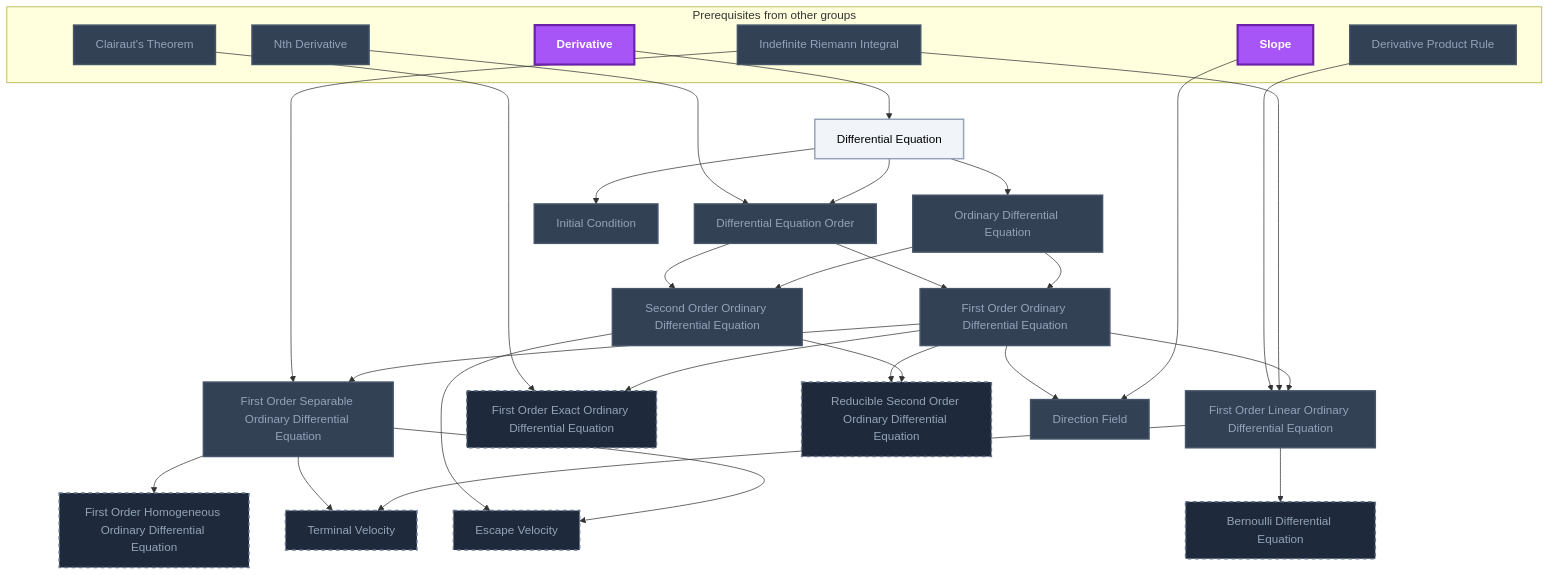
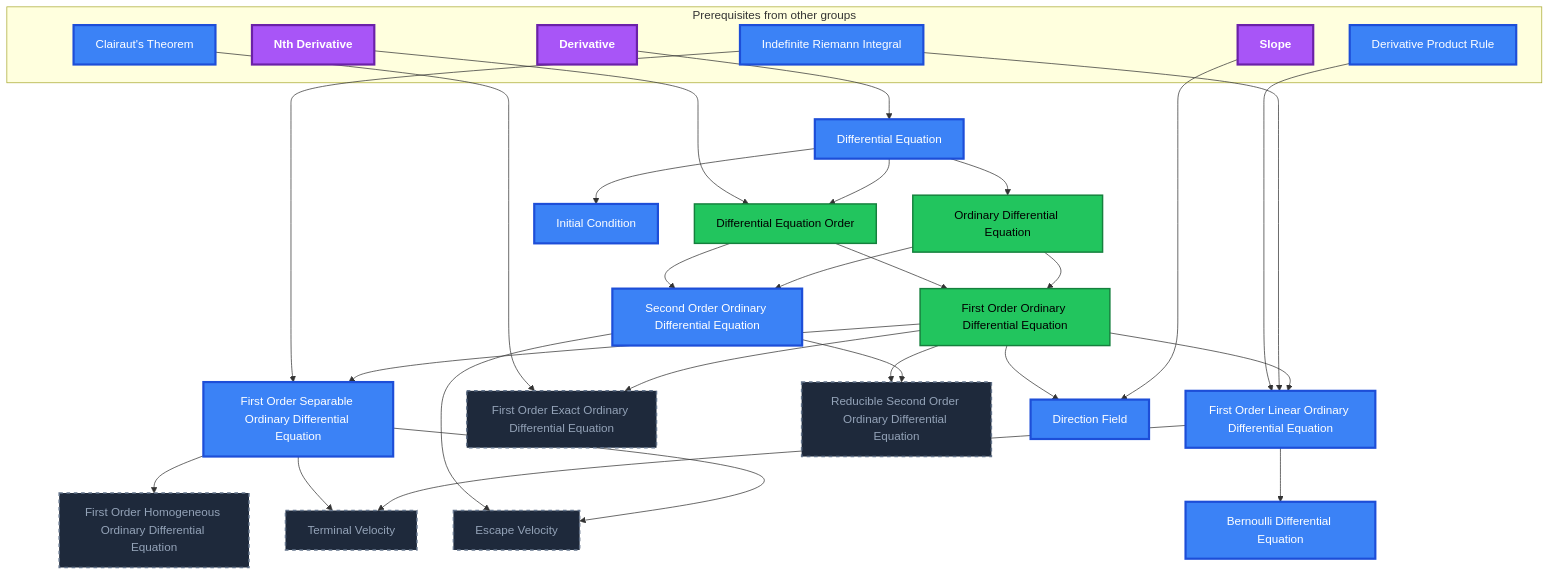
The first of 7 diagrams in Gamification/Skill Trees/Ordinary Differential Equations.md (MRauf1/My-Notes), drawn with Mermaid before and after one commit. The commit also changed other lines of this file and 145 other files, not shown here.

````diff
--- a/Gamification/Skill Trees/Ordinary Differential Equations.md
+++ b/Gamification/Skill Trees/Ordinary Differential Equations.md
@@ -17,66 +17,66 @@
 ```mermaid
 flowchart TD
     classDef planned fill:#1E293B,stroke:#64748B,stroke-width:2px,stroke-dasharray:5 5,color:#94A3B8;
     classDef locked fill:#334155,stroke:#475569,stroke-width:2px,color:#94A3B8;
     classDef L0 fill:#F1F5F9,stroke:#94A3B8,stroke-width:2px,color:#000000;
     classDef L1 fill:#22C55E,stroke:#15803D,stroke-width:2px,color:#000000;
     classDef L2 fill:#3B82F6,stroke:#1D4ED8,stroke-width:3px,color:#FFFFFF;
     classDef L3 fill:#A855F7,stroke:#6B21A8,stroke-width:3px,color:#FFFFFF,font-weight:bold;
     classDef L4 fill:#F97316,stroke:#C2410C,stroke-width:4px,color:#000000,font-weight:bold;
     classDef L5 fill:#FFD700,stroke:#FF8C00,stroke-width:5px,color:#000000,font-weight:bold;
     classDef rusty stroke:#8B4513,stroke-width:4px,stroke-dasharray:3 3;
     subgraph sg_prereqs["Prerequisites from other groups"]
         n_derivative["Derivative"]
         n_nth_derivative["Nth Derivative"]
         n_indefinite_riemann_integral["Indefinite Riemann Integral"]
         n_derivative_product_rule["Derivative Product Rule"]
         n_clairaut_s_theorem["Clairaut's Theorem"]
         n_slope["Slope"]
     end
     n_differential_equation["Differential Equation"]
     n_differential_equation_order["Differential Equation Order"]
     n_ordinary_differential_equation["Ordinary Differential Equation"]
     n_first_order_ordinary_differential_equation["First Order Ordinary Differential Equation"]
     n_second_order_ordinary_differential_equation["Second Order Ordinary Differential Equation"]
     n_first_order_separable_ordinary_differential_equation["First Order Separable Ordinary Differential Equation"]
     n_first_order_linear_ordinary_differential_equation["First Order Linear Ordinary Differential Equation"]
     n_first_order_homogeneous_ordinary_differential_equation["First Order Homogeneous Ordinary Differential Equation"]
     n_bernoulli_differential_equation["Bernoulli Differential Equation"]
     n_first_order_exact_ordinary_differential_equation["First Order Exact Ordinary Differential Equation"]
     n_reducible_second_order_ordinary_differential_equation["Reducible Second Order Ordinary Differential Equation"]
     n_terminal_velocity["Terminal Velocity"]
     n_escape_velocity["Escape Velocity"]
     n_initial_condition["Initial Condition"]
     n_direction_field["Direction Field"]
     n_derivative --> n_differential_equation
     n_nth_derivative --> n_differential_equation_order
     n_differential_equation --> n_differential_equation_order
     n_differential_equation --> n_ordinary_differential_equation
     n_differential_equation_order --> n_first_order_ordinary_differential_equation
     n_ordinary_differential_equation --> n_first_order_ordinary_differential_equation
     n_differential_equation_order --> n_second_order_ordinary_differential_equation
     n_ordinary_differential_equation --> n_second_order_ordinary_differential_equation
     n_indefinite_riemann_integral --> n_first_order_separable_ordinary_differential_equation
     n_first_order_ordinary_differential_equation --> n_first_order_separable_ordinary_differential_equation
     n_derivative_product_rule --> n_first_order_linear_ordinary_differential_equation
     n_indefinite_riemann_integral --> n_first_order_linear_ordinary_differential_equation
     n_first_order_ordinary_differential_equation --> n_first_order_linear_ordinary_differential_equation
     n_first_order_separable_ordinary_differential_equation --> n_first_order_homogeneous_ordinary_differential_equation
     n_first_order_linear_ordinary_differential_equation --> n_bernoulli_differential_equation
     n_clairaut_s_theorem --> n_first_order_exact_ordinary_differential_equation
     n_first_order_ordinary_differential_equation --> n_first_order_exact_ordinary_differential_equation
     n_first_order_ordinary_differential_equation --> n_reducible_second_order_ordinary_differential_equation
     n_second_order_ordinary_differential_equation --> n_reducible_second_order_ordinary_differential_equation
     n_first_order_separable_ordinary_differential_equation --> n_terminal_velocity
     n_first_order_linear_ordinary_differential_equation --> n_terminal_velocity
     n_second_order_ordinary_differential_equation --> n_escape_velocity
     n_first_order_separable_ordinary_differential_equation --> n_escape_velocity
     n_differential_equation --> n_initial_condition
     n_first_order_ordinary_differential_equation --> n_direction_field
     n_slope --> n_direction_field
-    class n_first_order_homogeneous_ordinary_differential_equation,n_bernoulli_differential_equation,n_first_order_exact_ordinary_differential_equation,n_reducible_second_order_ordinary_differential_equation,n_terminal_velocity,n_escape_velocity planned;
-    class n_nth_derivative,n_indefinite_riemann_integral,n_derivative_product_rule,n_clairaut_s_theorem,n_differential_equation_order,n_ordinary_differential_equation,n_first_order_ordinary_differential_equation,n_second_order_ordinary_differential_equation,n_first_order_separable_ordinary_differential_equation,n_first_order_linear_ordinary_differential_equation,n_initial_condition,n_direction_field locked;
-    class n_differential_equation L0;
-    class n_derivative,n_slope L3;
-    class n_derivative,n_nth_derivative,n_indefinite_riemann_integral,n_derivative_product_rule,n_clairaut_s_theorem,n_slope,n_differential_equation,n_differential_equation_order,n_ordinary_differential_equation,n_first_order_ordinary_differential_equation,n_second_order_ordinary_differential_equation,n_first_order_separable_ordinary_differential_equation,n_first_order_linear_ordinary_differential_equation,n_initial_condition,n_direction_field internal-link;
+    class n_first_order_homogeneous_ordinary_differential_equation,n_first_order_exact_ordinary_differential_equation,n_reducible_second_order_ordinary_differential_equation,n_terminal_velocity,n_escape_velocity planned;
+    class n_differential_equation_order,n_ordinary_differential_equation,n_first_order_ordinary_differential_equation L1;
+    class n_indefinite_riemann_integral,n_derivative_product_rule,n_clairaut_s_theorem,n_differential_equation,n_second_order_ordinary_differential_equation,n_first_order_separable_ordinary_differential_equation,n_first_order_linear_ordinary_differential_equation,n_bernoulli_differential_equation,n_initial_condition,n_direction_field L2;
+    class n_derivative,n_nth_derivative,n_slope L3;
+    class n_derivative,n_nth_derivative,n_indefinite_riemann_integral,n_derivative_product_rule,n_clairaut_s_theorem,n_slope,n_differential_equation,n_differential_equation_order,n_ordinary_differential_equation,n_first_order_ordinary_differential_equation,n_second_order_ordinary_differential_equation,n_first_order_separable_ordinary_differential_equation,n_first_order_linear_ordinary_differential_equation,n_bernoulli_differential_equation,n_initial_condition,n_direction_field internal-link;
 ```
````
